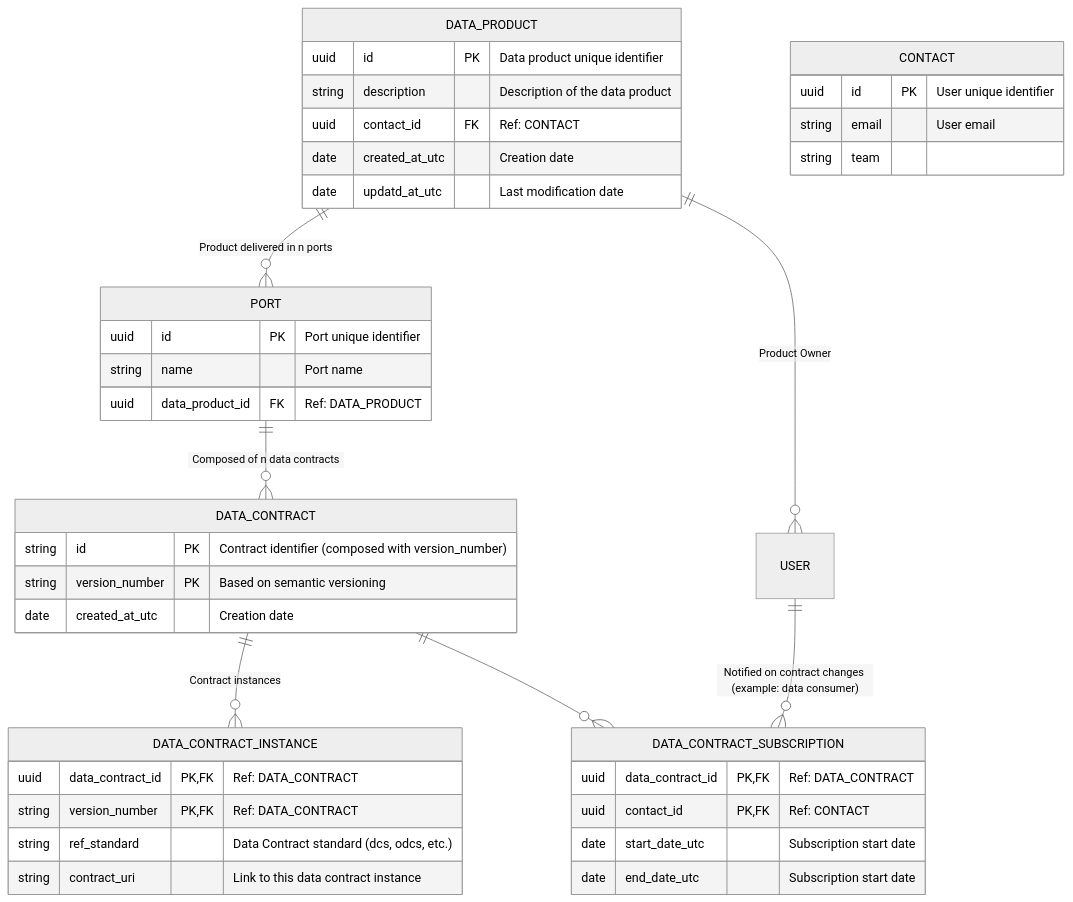
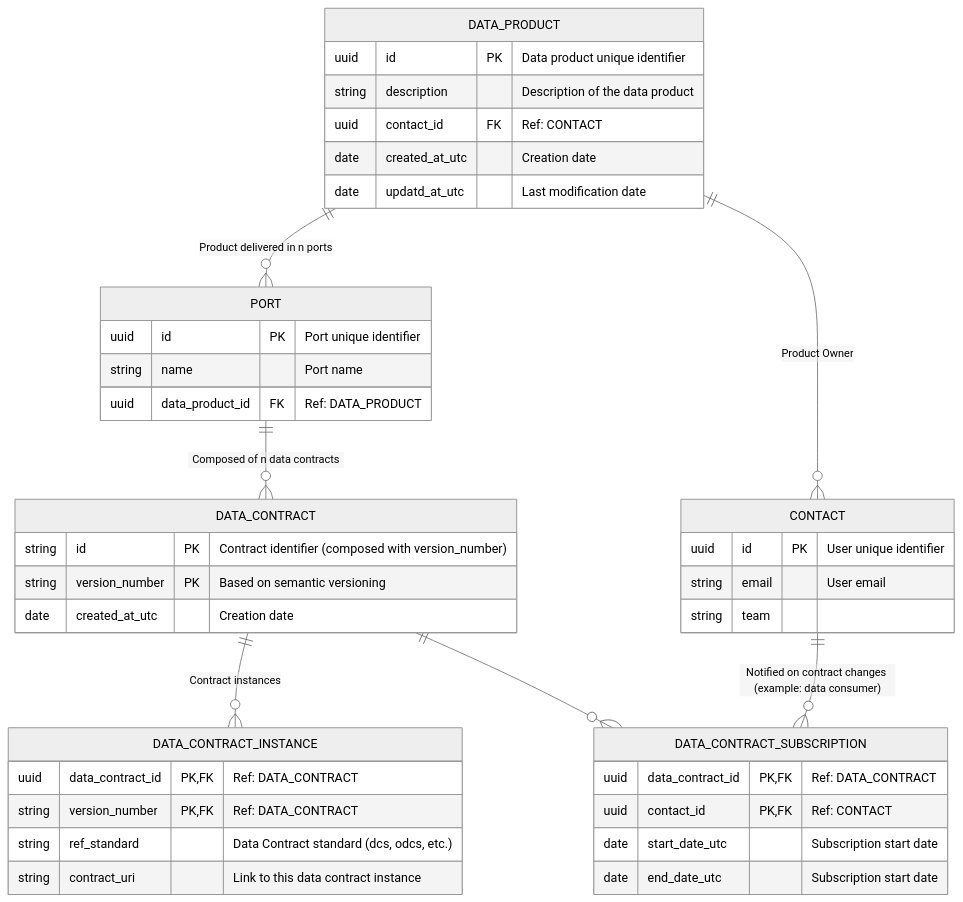
One commit to monmaya/base-impl changed the diagram in docs/relational_model.md. Above: the diagram before and after it, drawn with Mermaid (neutral theme).

````diff
--- a/docs/relational_model.md
+++ b/docs/relational_model.md
@@ -5,53 +5,53 @@
 ```mermaid
 
 erDiagram
 
     DATA_PRODUCT {
         uuid id PK "Data product unique identifier"
         string description "Description of the data product"
         uuid contact_id FK "Ref: CONTACT"
         date created_at_utc "Creation date"
         date updatd_at_utc "Last modification date"
     }
 
     PORT {
         uuid id PK "Port unique identifier"
         string name "Port name"
         uuid data_product_id FK "Ref: DATA_PRODUCT"
     }
 
     DATA_CONTRACT {
         string id PK "Contract identifier (composed with version_number)"
         string version_number PK "Based on semantic versioning"
         date created_at_utc "Creation date"
     }
 
     DATA_CONTRACT_INSTANCE {
         uuid data_contract_id PK, FK "Ref: DATA_CONTRACT"
         string version_number PK, FK "Ref: DATA_CONTRACT"
         string ref_standard "Data Contract standard (dcs, odcs, etc.)"
         string contract_uri "Link to this data contract instance"
     }
     
     DATA_CONTRACT_SUBSCRIPTION {
         uuid data_contract_id PK, FK "Ref: DATA_CONTRACT"
         uuid contact_id PK, FK "Ref: CONTACT"
         date start_date_utc "Subscription start date"
         date end_date_utc "Subscription start date"
     }
 
     CONTACT {
         uuid id PK "User unique identifier"
         string email "User email"
         string team
     }
 
     DATA_PRODUCT ||--o{ PORT : "Product delivered in n ports"
-    DATA_PRODUCT ||--o{ USER : "Product Owner"
+    DATA_PRODUCT ||--o{ CONTACT : "Product Owner"
     PORT ||--o{ DATA_CONTRACT : "Composed of n data contracts"
     DATA_CONTRACT ||--o{ DATA_CONTRACT_INSTANCE : "Contract instances"
     DATA_CONTRACT ||--o{ DATA_CONTRACT_SUBSCRIPTION : ""
-    USER ||--o{ DATA_CONTRACT_SUBSCRIPTION : "Notified on contract changes (example: data consumer)"
+    CONTACT ||--o{ DATA_CONTRACT_SUBSCRIPTION : "Notified on contract changes (example: data consumer)"
 
 
   ```
````
